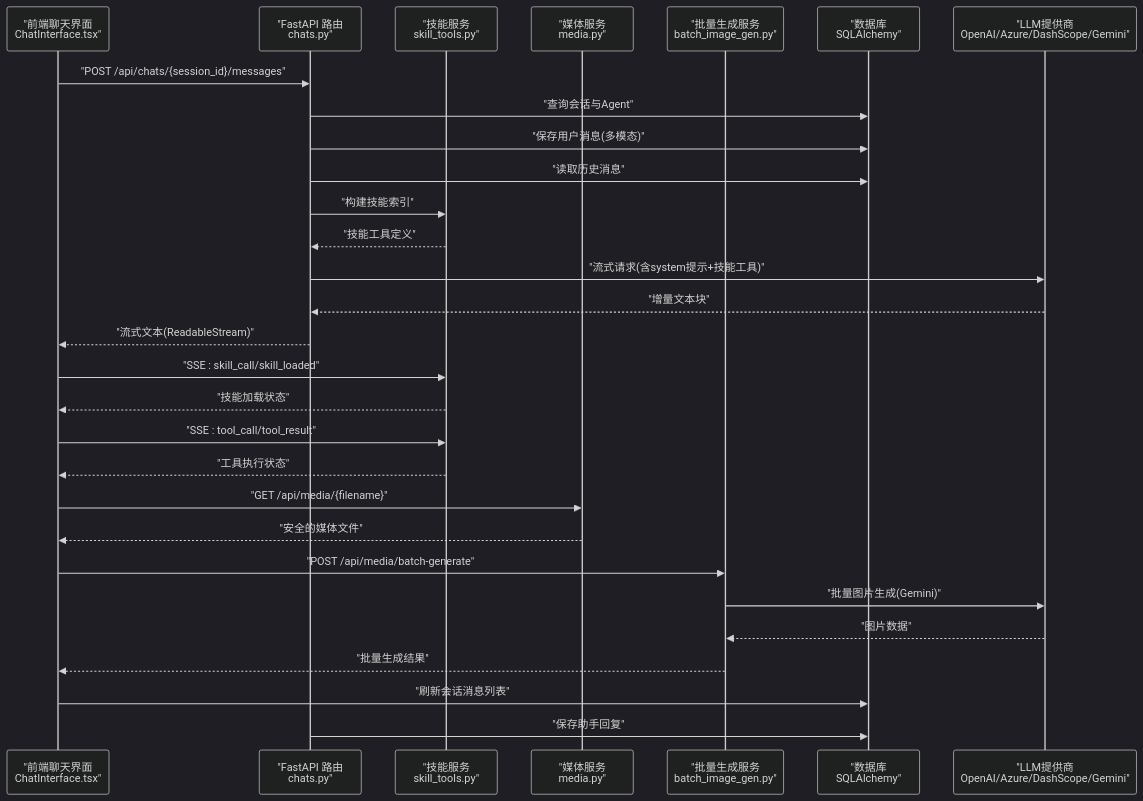
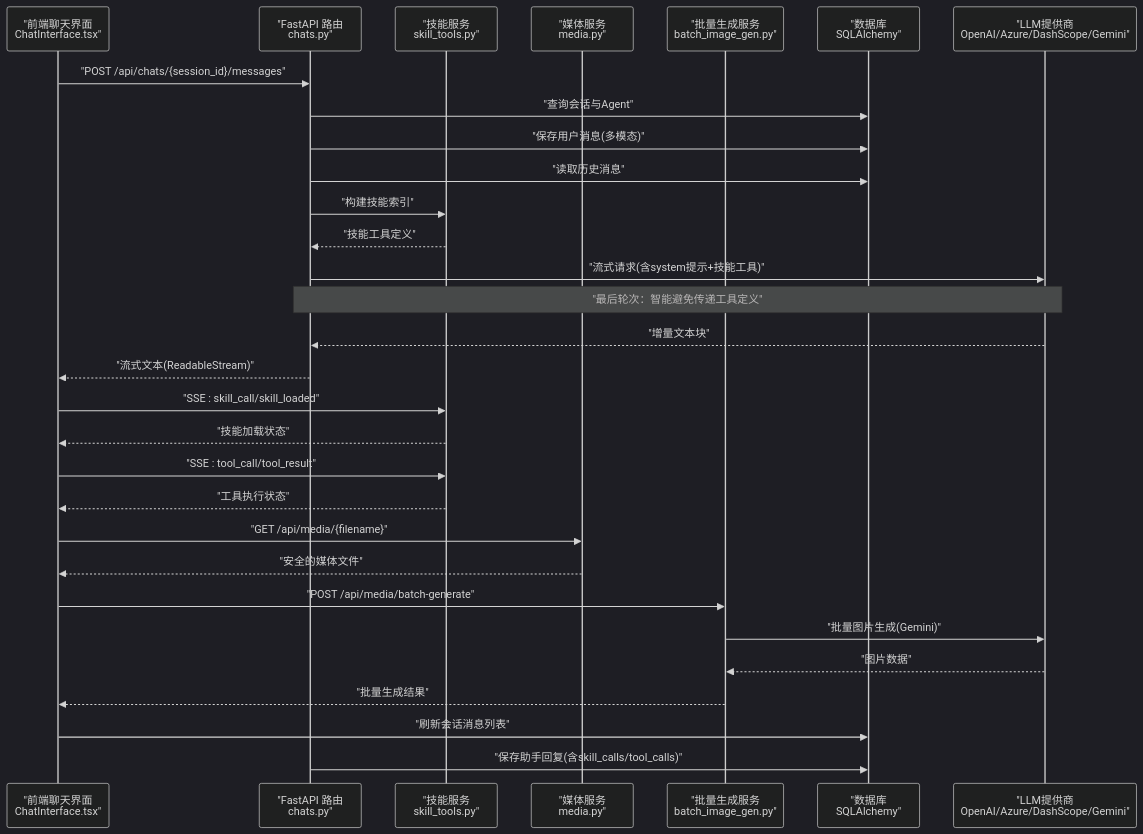
The second of 12 diagrams in .qoder/repowiki/zh/content/后端开发指南/API路由系统/聊天交互API.md (KunLabAI/KunFlix), drawn with Mermaid (dark theme) before and after one commit. The commit also changed other lines of this file and 43 other files, not shown here.

````diff
--- a/.qoder/repowiki/zh/content/后端开发指南/API路由系统/聊天交互API.md
+++ b/.qoder/repowiki/zh/content/后端开发指南/API路由系统/聊天交互API.md
@@ -140,31 +145,32 @@
 ```mermaid
 sequenceDiagram
 participant FE as "前端聊天界面<br/>ChatInterface.tsx"
 participant API as "FastAPI 路由<br/>chats.py"
 participant Skills as "技能服务<br/>skill_tools.py"
 participant Media as "媒体服务<br/>media.py"
 participant BatchGen as "批量生成服务<br/>batch_image_gen.py"
 participant DB as "数据库<br/>SQLAlchemy"
 participant LLM as "LLM提供商<br/>OpenAI/Azure/DashScope/Gemini"
 FE->>API : "POST /api/chats/{session_id}/messages"
 API->>DB : "查询会话与Agent"
 API->>DB : "保存用户消息(多模态)"
 API->>DB : "读取历史消息"
 API->>Skills : "构建技能索引"
 Skills-->>API : "技能工具定义"
 API->>LLM : "流式请求(含system提示+技能工具)"
+Note over API,LLM : "最后轮次：智能避免传递工具定义"
 LLM-->>API : "增量文本块"
 API-->>FE : "流式文本(ReadableStream)"
 FE->>Skills : "SSE : skill_call/skill_loaded"
 Skills-->>FE : "技能加载状态"
 FE->>Skills : "SSE : tool_call/tool_result"
 Skills-->>FE : "工具执行状态"
 FE->>Media : "GET /api/media/{filename}"
 Media-->>FE : "安全的媒体文件"
 FE->>BatchGen : "POST /api/media/batch-generate"
 BatchGen->>LLM : "批量图片生成(Gemini)"
 LLM-->>BatchGen : "图片数据"
 BatchGen-->>FE : "批量生成结果"
 FE->>DB : "刷新会话消息列表"
-API->>DB : "保存助手回复"
+API->>DB : "保存助手回复(含skill_calls/tool_calls)"
 ```
````
